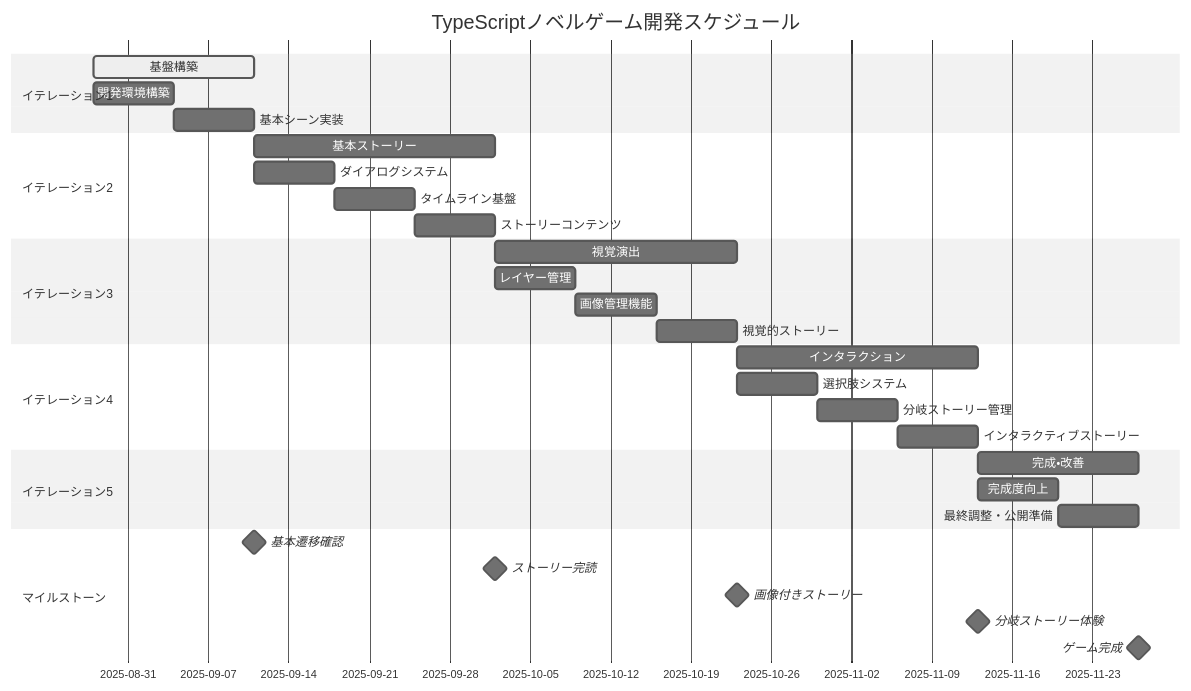
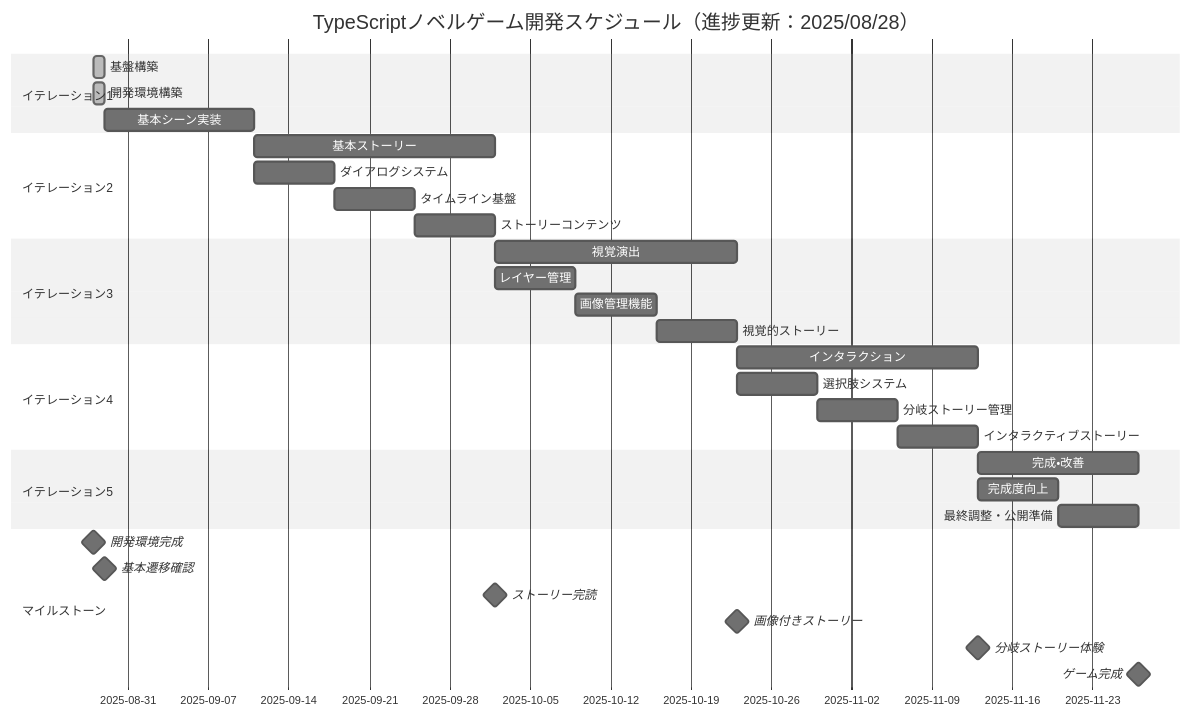
One commit to k2works/ai-programing-exercise changed the first of 2 diagrams in docs/requirements/イテレーション計画.md. Above: the diagram before and after it, drawn with Mermaid (neutral theme). The commit also changed other lines of this file, not shown here.

````diff
--- a/docs/requirements/イテレーション計画.md
+++ b/docs/requirements/イテレーション計画.md
@@ -10,39 +10,40 @@
 ```mermaid
 gantt
-    title TypeScriptノベルゲーム開発スケジュール
+    title TypeScriptノベルゲーム開発スケジュール（進捗更新：2025/08/28）
     dateFormat  YYYY-MM-DD
     section イテレーション1
-    基盤構築           :active, iter1, 2025-08-28, 14d
-    開発環境構築       :iter1-1, 2025-08-28, 7d
-    基本シーン実装     :iter1-2, after iter1-1, 7d
+    基盤構築           :done, iter1, 2025-08-28, 1d
+    開発環境構築       :done, iter1-1, 2025-08-28, 1d
+    基本シーン実装     :iter1-2, 2025-08-29, 13d
     
     section イテレーション2
-    基本ストーリー     :iter2, after iter1, 21d
-    ダイアログシステム :iter2-1, after iter1, 7d
+    基本ストーリー     :iter2, after iter1-2, 21d
+    ダイアログシステム :iter2-1, after iter1-2, 7d
     タイムライン基盤   :iter2-2, after iter2-1, 7d
     ストーリーコンテンツ :iter2-3, after iter2-2, 7d
     
     section イテレーション3
     視覚演出          :iter3, after iter2, 21d
     レイヤー管理      :iter3-1, after iter2, 7d
     画像管理機能      :iter3-2, after iter3-1, 7d
     視覚的ストーリー  :iter3-3, after iter3-2, 7d
     
     section イテレーション4
     インタラクション   :iter4, after iter3, 21d
     選択肢システム     :iter4-1, after iter3, 7d
     分岐ストーリー管理 :iter4-2, after iter4-1, 7d
     インタラクティブストーリー :iter4-3, after iter4-2, 7d
     
     section イテレーション5
     完成・改善        :iter5, after iter4, 14d
     完成度向上        :iter5-1, after iter4, 7d
     最終調整・公開準備 :iter5-2, after iter5-1, 7d
     
     section マイルストーン
+    開発環境完成      :milestone, m0, 2025-08-28, 0d
     基本遷移確認      :milestone, m1, after iter1, 0d
     ストーリー完読    :milestone, m2, after iter2, 0d
     画像付きストーリー :milestone, m3, after iter3, 0d
     分岐ストーリー体験 :milestone, m4, after iter4, 0d
     ゲーム完成        :milestone, m5, after iter5, 0d
 ```
````
